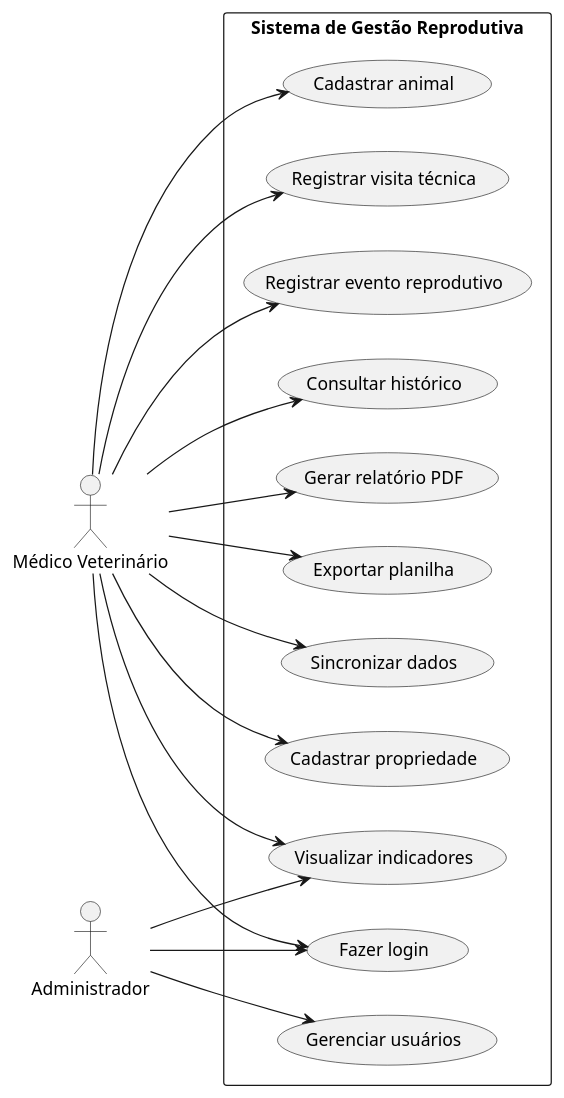
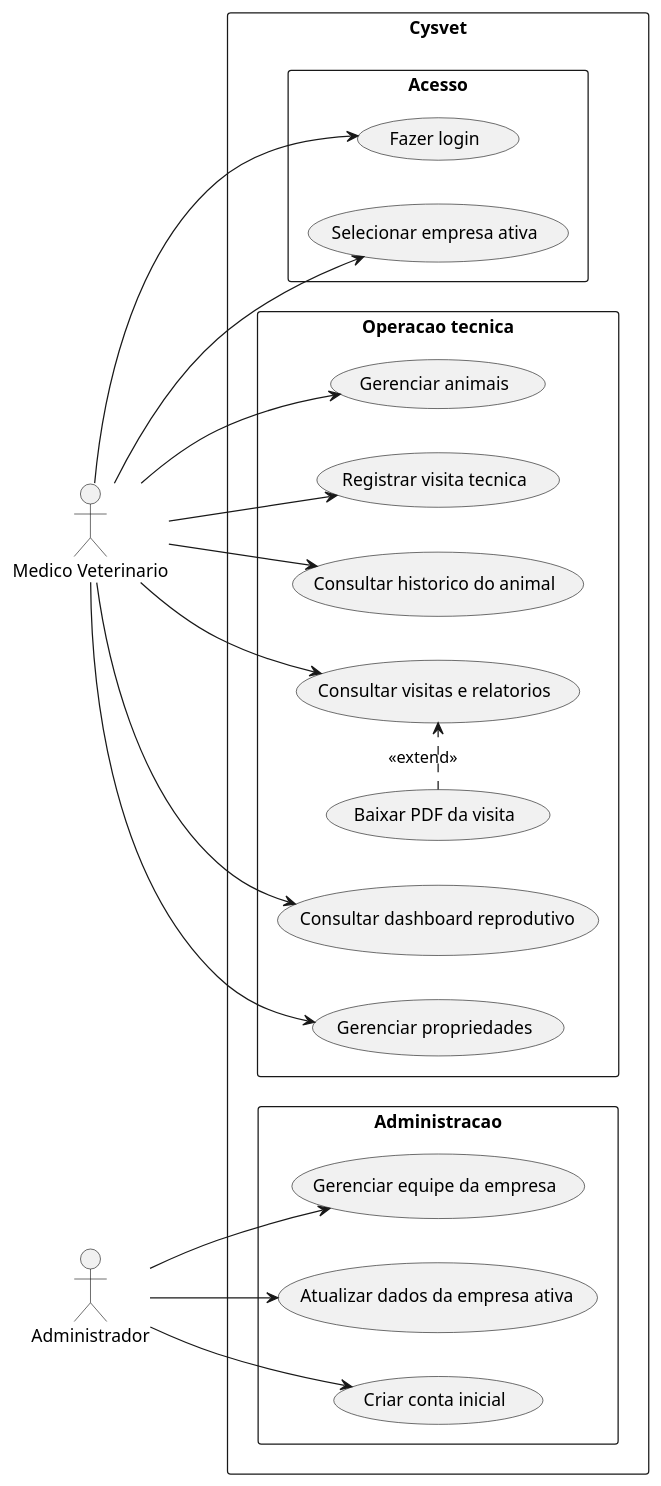
The diagram in caso_de_uso.puml (Nathalynas/cysvet_app), drawn with PlantUML before and after one commit. The commit also changed 6 other files, not shown here.

```diff
--- a/caso_de_uso.puml
+++ b/caso_de_uso.puml
@@ -1,35 +1,46 @@
 @startuml
 left to right direction
+skinparam packageStyle rectangle
 
-actor "Médico Veterinário" as Vet
+actor "Medico Veterinario" as Vet
 actor "Administrador" as Admin
 
-rectangle "Sistema de Gestão Reprodutiva" {
-  usecase "Fazer login" as UC1
-  usecase "Cadastrar propriedade" as UC2
-  usecase "Cadastrar animal" as UC3
-  usecase "Registrar visita técnica" as UC4
-  usecase "Registrar evento reprodutivo" as UC5
-  usecase "Consultar histórico" as UC6
-  usecase "Visualizar indicadores" as UC7
-  usecase "Gerar relatório PDF" as UC8
-  usecase "Exportar planilha" as UC9
-  usecase "Sincronizar dados" as UC10
-  usecase "Gerenciar usuários" as UC11
+rectangle "Cysvet" {
+  package "Acesso" {
+    usecase "Fazer login" as UCLogin
+    usecase "Selecionar empresa ativa" as UCCompany
+  }
+
+  package "Operacao tecnica" {
+    usecase "Consultar dashboard reprodutivo" as UCDashboard
+    usecase "Gerenciar propriedades" as UCProperties
+    usecase "Gerenciar animais" as UCAnimals
+    usecase "Consultar visitas e relatorios" as UCVisitReport
+    usecase "Registrar visita tecnica" as UCVisitCreate
+    usecase "Consultar historico do animal" as UCAnimalHistory
+    usecase "Baixar PDF da visita" as UCVisitPdf
+  }
+
+  package "Administracao" {
+    usecase "Criar conta inicial" as UCRegister
+    usecase "Gerenciar equipe da empresa" as UCTeam
+    usecase "Atualizar dados da empresa ativa" as UCCompanyUpdate
+  }
 }
 
-Vet --> UC1
-Vet --> UC2
-Vet --> UC3
-Vet --> UC4
-Vet --> UC5
-Vet --> UC6
-Vet --> UC7
-Vet --> UC8
-Vet --> UC9
-Vet --> UC10
+Vet --> UCLogin
+Vet --> UCCompany
+Vet --> UCDashboard
+Vet --> UCProperties
+Vet --> UCAnimals
+Vet --> UCVisitReport
+Vet --> UCVisitCreate
+Vet --> UCAnimalHistory
 
-Admin --> UC1
-Admin --> UC11
-Admin --> UC7
+Admin --> UCRegister
+Admin --> UCTeam
+Admin --> UCCompanyUpdate
+
+UCVisitPdf .> UCVisitReport : <<extend>>
+
 @enduml
```
